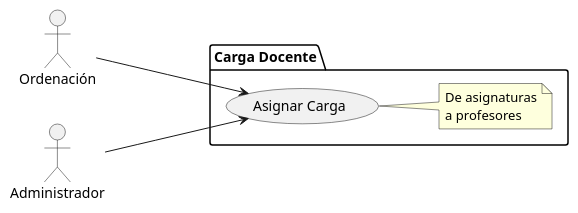
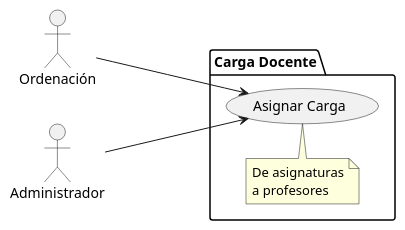
Before and after one commit to mmasias/24-25-IdSw1-SDR: the diagram in modelosUML/CdU/Individuales/AsignarCargaDocente.puml, drawn with PlantUML. The commit also changed 31 other files, not shown here.

Commit message:
ajustes de proporcion en diagramas

```diff
--- a/modelosUML/CdU/Individuales/AsignarCargaDocente.puml
+++ b/modelosUML/CdU/Individuales/AsignarCargaDocente.puml
@@ -1,17 +1,17 @@
 @startuml
 left to right direction
 
 actor "Ordenación" as ord
 actor "Administrador" as admin
 
 package "Carga Docente" as cargaDocentePackage {
     usecase "Asignar Carga" as asignarCarga
-    note right of asignarCarga
+    note top of asignarCarga
         De asignaturas
         a profesores
     end note
 }
 
 ord ---> asignarCarga
 admin ---> asignarCarga
 @enduml
```
